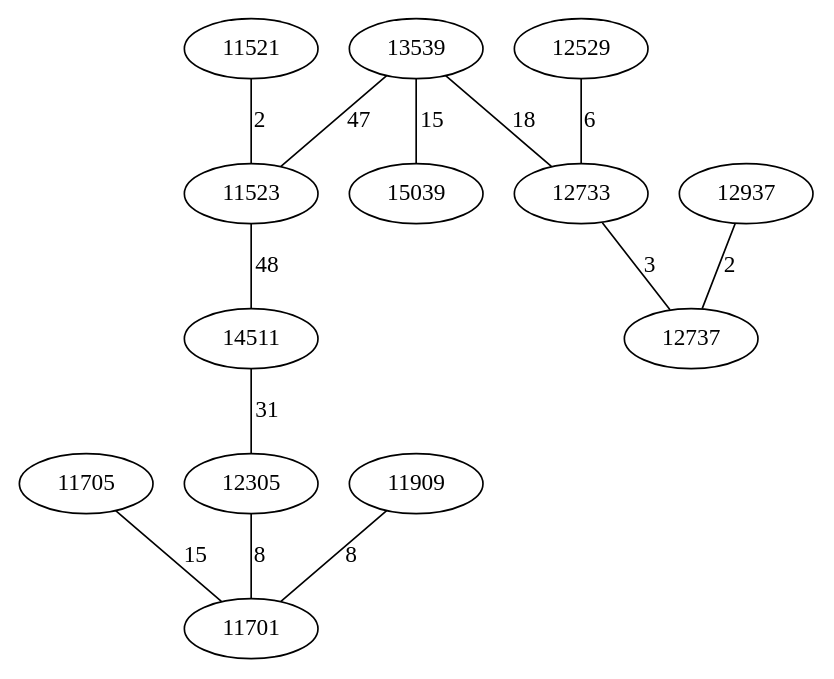
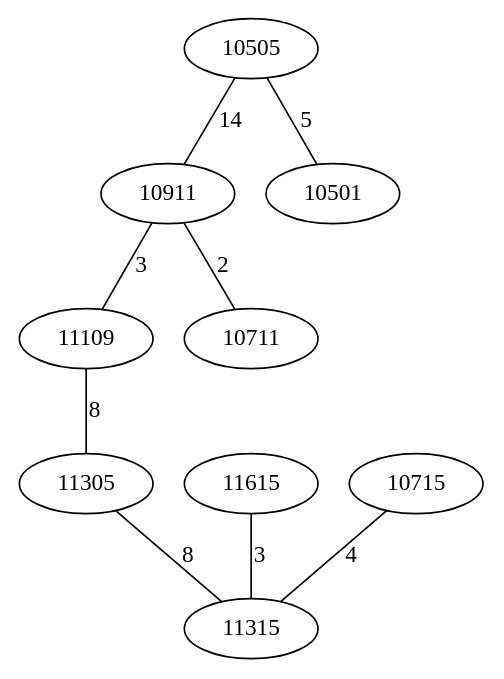
One commit to AsmNoob/Labyrinthe changed the diagram in Graph.dot. Above: the diagram before and after it, drawn with Graphviz. The commit also changed 2 other files, not shown here.

```diff
--- a/Graph.dot
+++ b/Graph.dot
@@ -1,16 +1,12 @@
 graph chemin {
 
-	11705 -- 11701 [label=15]
-	13539 -- 15039 [label=15]
-	13539 -- 11523 [label=47]
-	13539 -- 12733 [label=18]
-	12937 -- 12737 [label=2]
-	11521 -- 11523 [label=2]
-	11523 -- 14511 [label=48]
-	14511 -- 12305 [label=31]
-	12529 -- 12733 [label=6]
-	11909 -- 11701 [label=8]
-	12305 -- 11701 [label=8]
-	12733 -- 12737 [label=3]
+	10505 -- 10911 [label=14]
+	10505 -- 10501 [label=5]
+	10911 -- 11109 [label=3]
+	10911 -- 10711 [label=2]
+	11615 -- 11315 [label=3]
+	10715 -- 11315 [label=4]
+	11109 -- 11305 [label=8]
+	11305 -- 11315 [label=8]
 
 }
```
